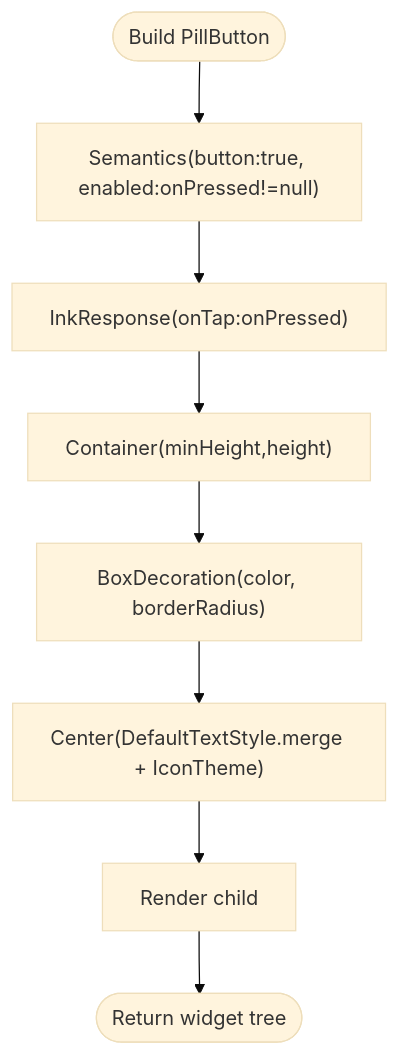
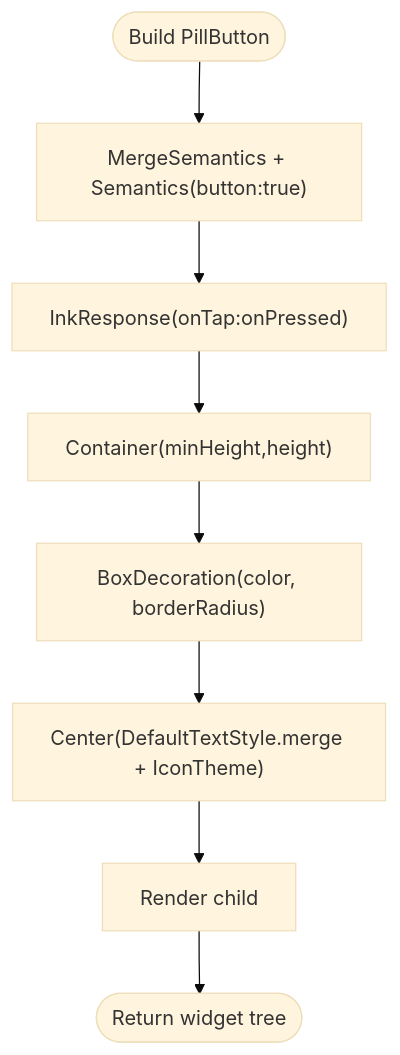
One commit to rdsarjito/whoosh-ramah changed the fourth of 6 diagrams in .qoder/repowiki/en/content/Mobile Application/Widget Library/Widget Library.md. Above: the diagram before and after it, drawn with Mermaid (base theme). The commit also changed other lines of this file and 68 other files, not shown here.

````diff
--- a/.qoder/repowiki/en/content/Mobile Application/Widget Library/Widget Library.md
+++ b/.qoder/repowiki/en/content/Mobile Application/Widget Library/Widget Library.md
@@ -260,10 +277,10 @@
 ```mermaid
 flowchart TD
-StartPB(["Build PillButton"]) --> Semantics["Semantics(button:true, enabled:onPressed!=null)"]
+StartPB(["Build PillButton"]) --> Semantics["MergeSemantics + Semantics(button:true)"]
 Semantics --> Ink["InkResponse(onTap:onPressed)"]
 Ink --> Container["Container(minHeight,height)"]
 Container --> Decor["BoxDecoration(color, borderRadius)"]
 Decor --> Center["Center(DefaultTextStyle.merge + IconTheme)"]
 Center --> ChildPB["Render child"]
 ChildPB --> EndPB(["Return widget tree"])
 ```
````
